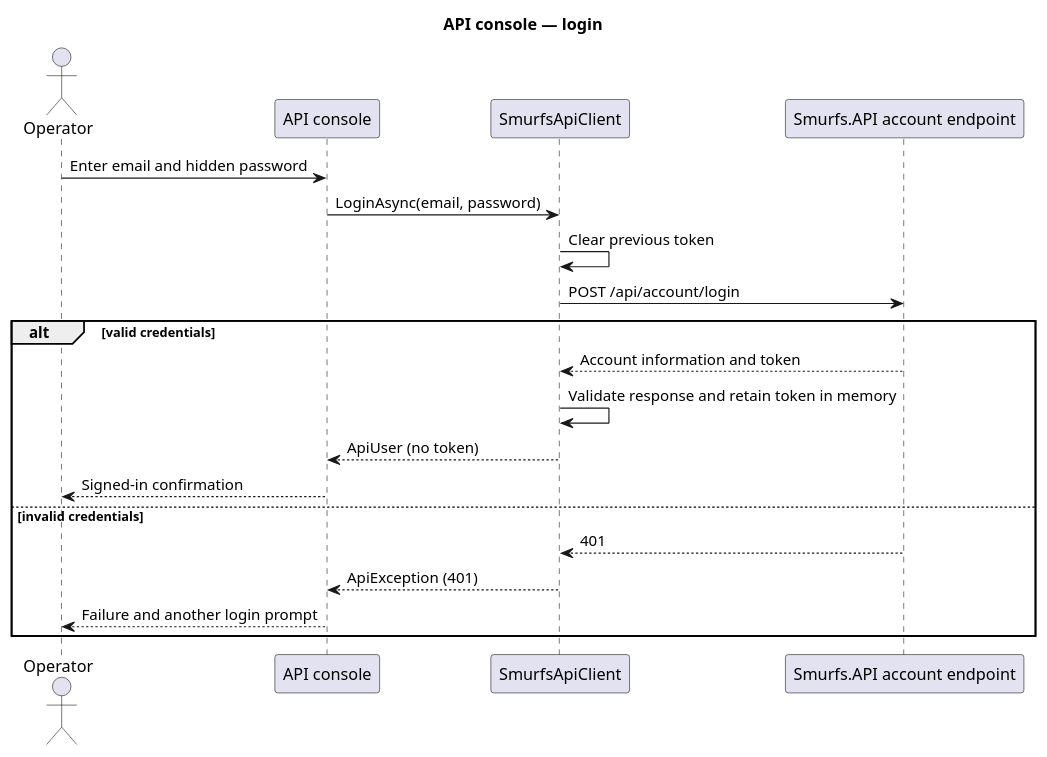
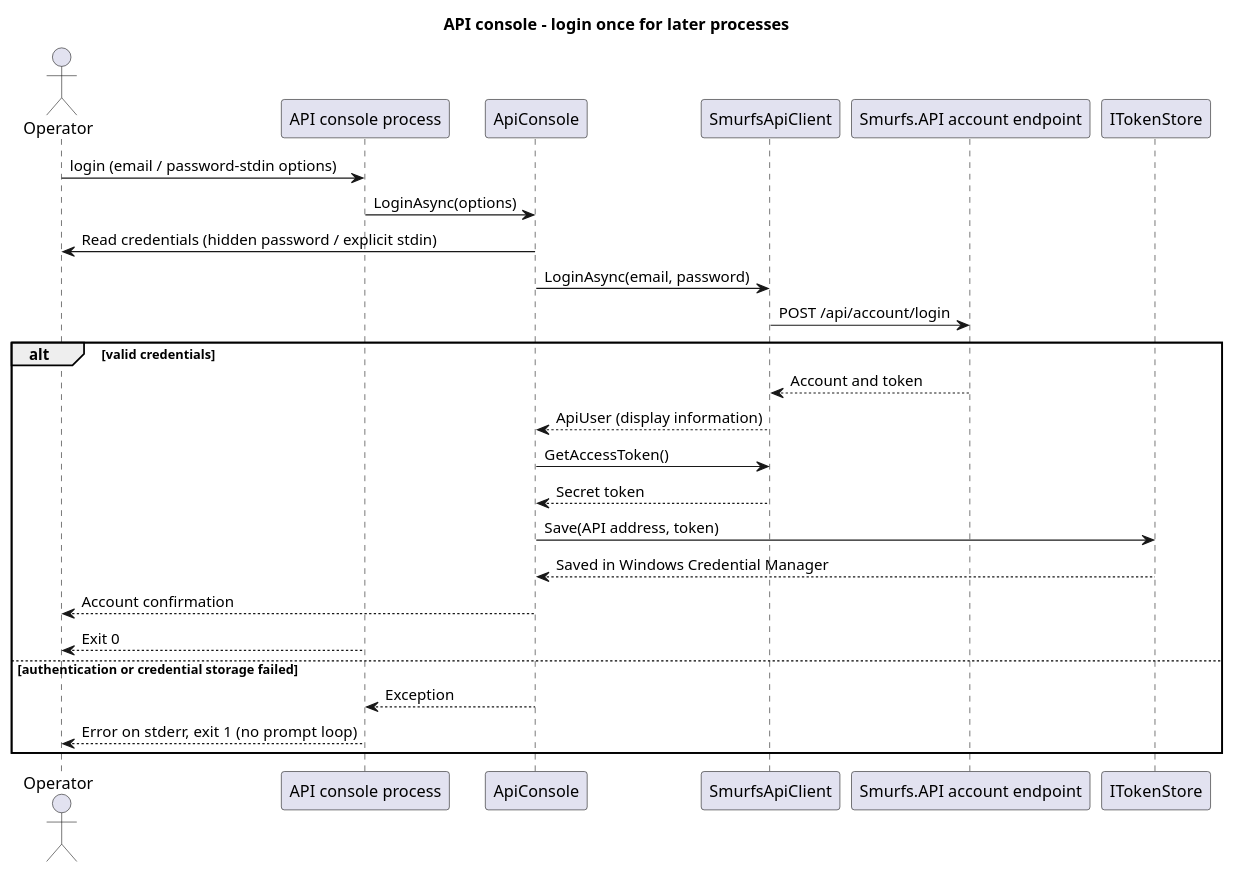
The diagram in docs/behavioral/diagrams/api-console-login.puml (EbbeMeloSorensen/Smurfs), drawn with PlantUML before and after one commit. The commit also changed 28 other files, not shown here.

Commit message:
Align API console commands and persist endpoint-scoped login

```diff
--- a/docs/behavioral/diagrams/api-console-login.puml
+++ b/docs/behavioral/diagrams/api-console-login.puml
@@ -1,21 +1,27 @@
 @startuml
-title API console — login
+title API console - login once for later processes
 actor Operator
-participant "API console" as CLI
+participant "API console process" as CLI
+participant ApiConsole as Command
 participant SmurfsApiClient as Client
 participant "Smurfs.API account endpoint" as API
-Operator -> CLI : Enter email and hidden password
-CLI -> Client : LoginAsync(email, password)
-Client -> Client : Clear previous token
+participant ITokenStore as Store
+Operator -> CLI : login (email / password-stdin options)
+CLI -> Command : LoginAsync(options)
+Command -> Operator : Read credentials (hidden password / explicit stdin)
+Command -> Client : LoginAsync(email, password)
 Client -> API : POST /api/account/login
 alt valid credentials
-  API --> Client : Account information and token
-  Client -> Client : Validate response and retain token in memory
-  Client --> CLI : ApiUser (no token)
-  CLI --> Operator : Signed-in confirmation
-else invalid credentials
-  API --> Client : 401
-  Client --> CLI : ApiException (401)
-  CLI --> Operator : Failure and another login prompt
+  API --> Client : Account and token
+  Client --> Command : ApiUser (display information)
+  Command -> Client : GetAccessToken()
+  Client --> Command : Secret token
+  Command -> Store : Save(API address, token)
+  Store --> Command : Saved in Windows Credential Manager
+  Command --> Operator : Account confirmation
+  CLI --> Operator : Exit 0
+else authentication or credential storage failed
+  Command --> CLI : Exception
+  CLI --> Operator : Error on stderr, exit 1 (no prompt loop)
 end
 @enduml
```
